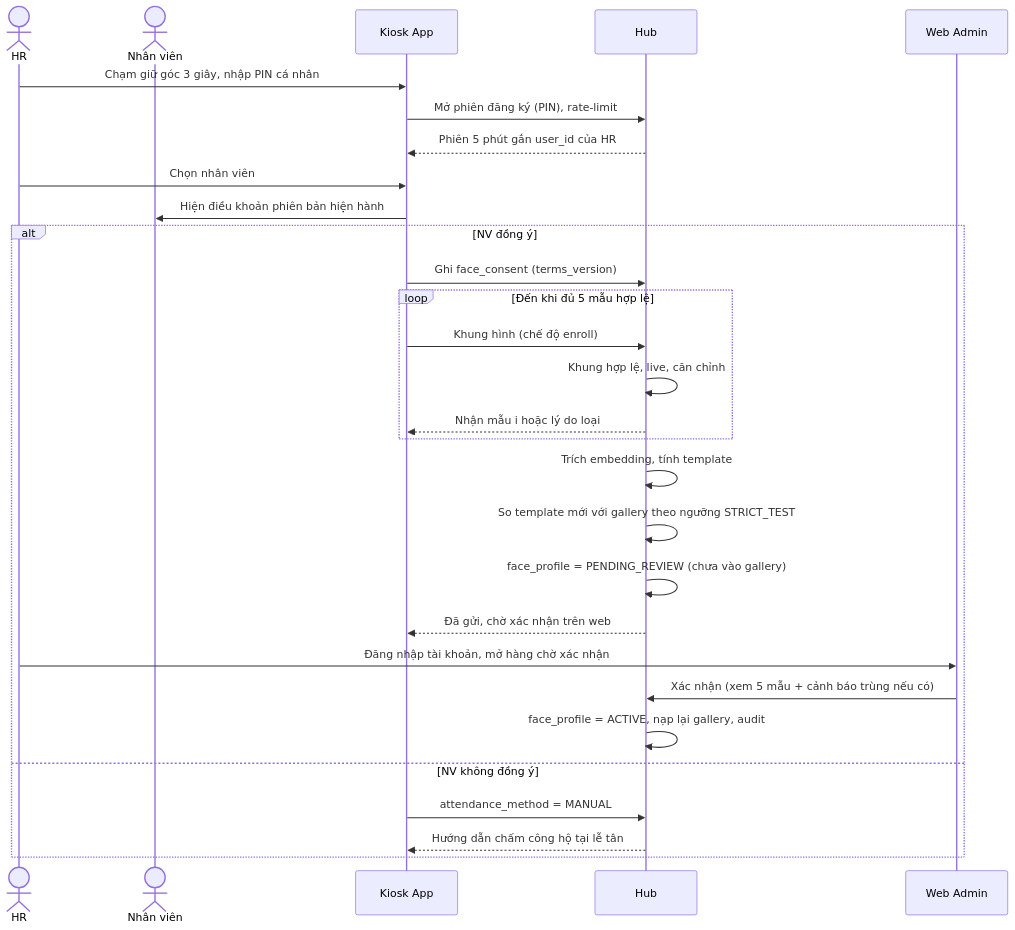
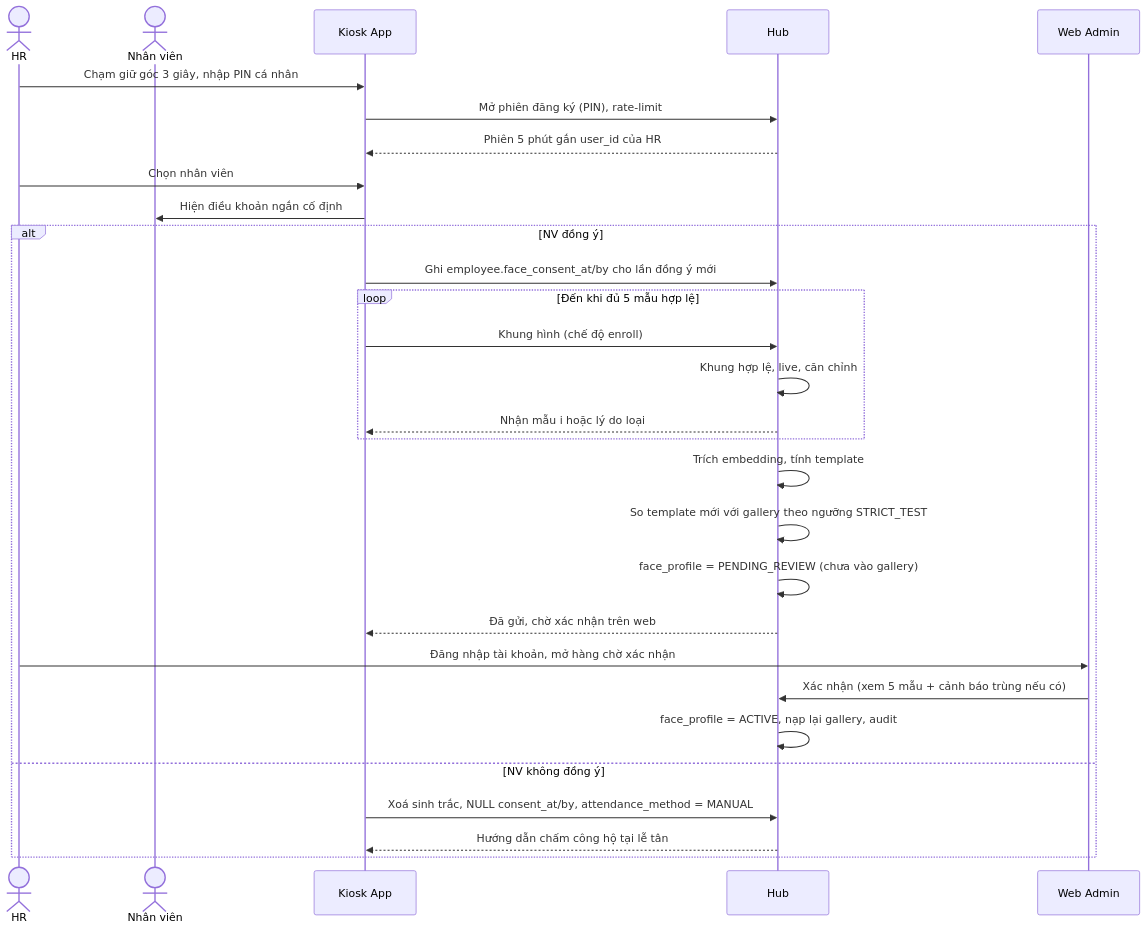
The third of 5 diagrams in 03-app/dac-ta-app.md (quocanwyf/datn-facegate-app), drawn with Mermaid before and after one commit. The commit also changed other lines of this file and 70 other files, not shown here.

````diff
--- a/03-app/dac-ta-app.md
+++ b/03-app/dac-ta-app.md
@@ -261,31 +265,31 @@
 ```mermaid
 sequenceDiagram
   actor HR as HR
   actor NV as Nhân viên
   participant K as Kiosk App
   participant H as Hub
   participant W as Web Admin
   HR->>K: Chạm giữ góc 3 giây, nhập PIN cá nhân
   K->>H: Mở phiên đăng ký (PIN), rate-limit
   H-->>K: Phiên 5 phút gắn user_id của HR
   HR->>K: Chọn nhân viên
-  K->>NV: Hiện điều khoản phiên bản hiện hành
+  K->>NV: Hiện điều khoản ngắn cố định
   alt NV đồng ý
-    K->>H: Ghi face_consent (terms_version)
+    K->>H: Ghi employee.face_consent_at/by cho lần đồng ý mới
     loop Đến khi đủ 5 mẫu hợp lệ
       K->>H: Khung hình (chế độ enroll)
       H->>H: Khung hợp lệ, live, căn chỉnh
       H-->>K: Nhận mẫu i hoặc lý do loại
     end
     H->>H: Trích embedding, tính template
     H->>H: So template mới với gallery theo ngưỡng STRICT_TEST
     H->>H: face_profile = PENDING_REVIEW (chưa vào gallery)
     H-->>K: Đã gửi, chờ xác nhận trên web
     HR->>W: Đăng nhập tài khoản, mở hàng chờ xác nhận
     W->>H: Xác nhận (xem 5 mẫu + cảnh báo trùng nếu có)
     H->>H: face_profile = ACTIVE, nạp lại gallery, audit
   else NV không đồng ý
-    K->>H: attendance_method = MANUAL
+    K->>H: Xoá sinh trắc, NULL consent_at/by, attendance_method = MANUAL
     H-->>K: Hướng dẫn chấm công hộ tại lễ tân
   end
 ```
````
